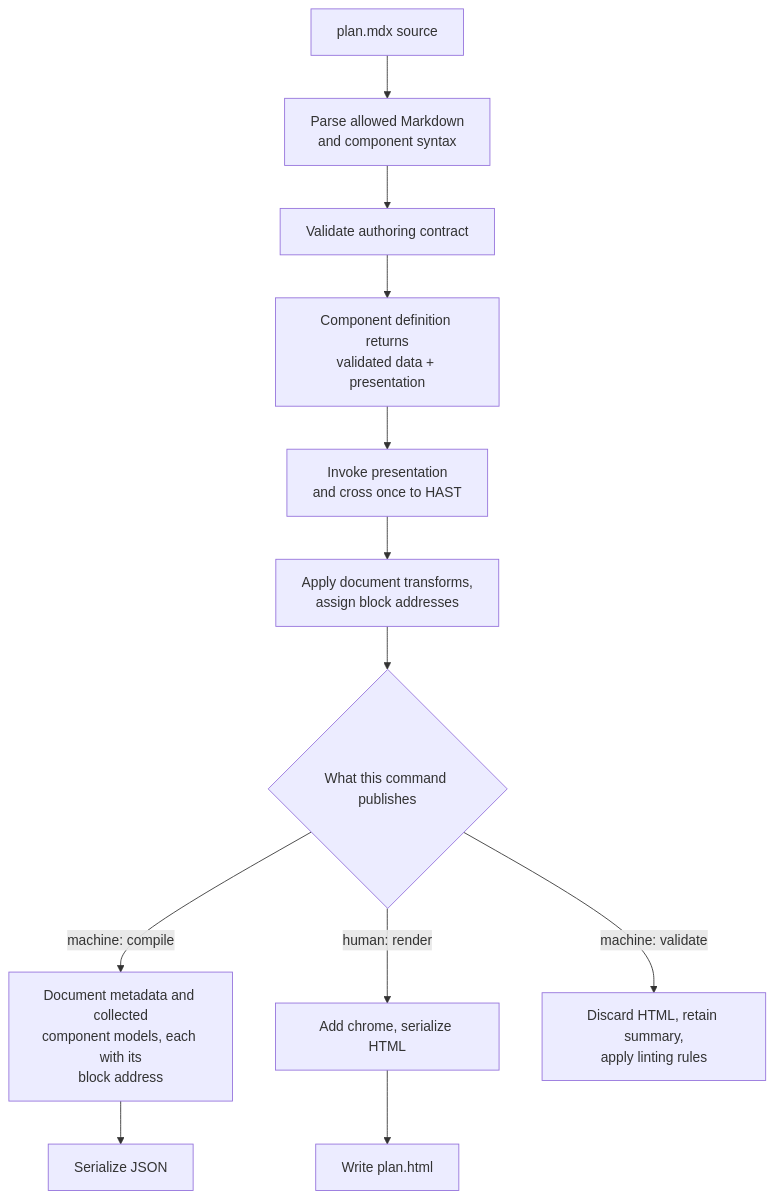
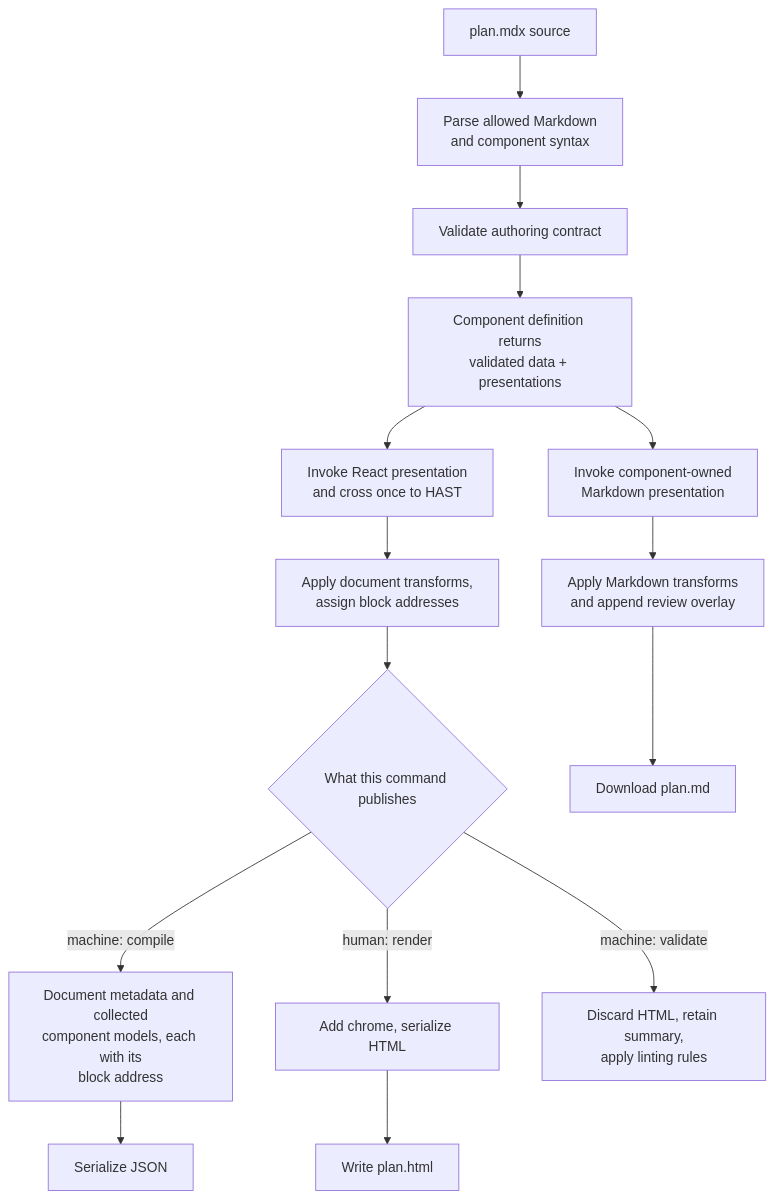
Before and after one commit to josh-padnick/big-plan: the second of 2 diagrams in docs/src/content/docs/architecture.md, drawn with Mermaid. The commit also changed other lines of this file and 76 other files, not shown here.

First line of the commit message:
feat(review): export live plans as Markdown (#204)

````diff
--- a/docs/src/content/docs/architecture.md
+++ b/docs/src/content/docs/architecture.md
@@ -76,14 +82,17 @@
 ```mermaid
 flowchart TB
   S["plan.mdx source"] --> P["Parse allowed Markdown<br/>and component syntax"]
   P --> V["Validate authoring contract"]
-  V --> C["Component definition returns<br/>validated data + presentation"]
-  C --> R["Invoke presentation<br/>and cross once to HAST"]
+  V --> C["Component definition returns<br/>validated data + presentations"]
+  C --> R["Invoke React presentation<br/>and cross once to HAST"]
+  C --> X["Invoke component-owned<br/>Markdown presentation"]
   R --> T["Apply document transforms,<br/>assign block addresses"]
   T --> Q{"What this command publishes"}
   Q -- "machine: compile" --> J["Document metadata and collected<br/>component models, each with its<br/>block address"]
   J --> O["Serialize JSON"]
   Q -- "human: render" --> H["Add chrome, serialize HTML"]
   H --> U["Write plan.html"]
   Q -- "machine: validate" --> W["Discard HTML, retain summary,<br/>apply linting rules"]
+  X --> Y["Apply Markdown transforms<br/>and append review overlay"]
+  Y --> Z["Download plan.md"]
 ```
````
